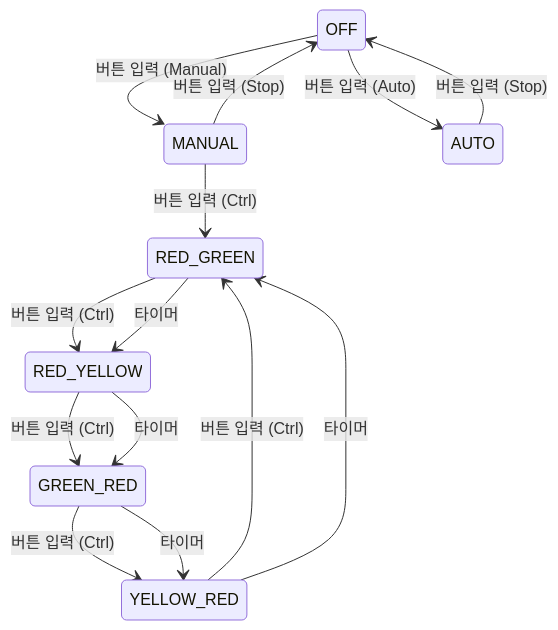
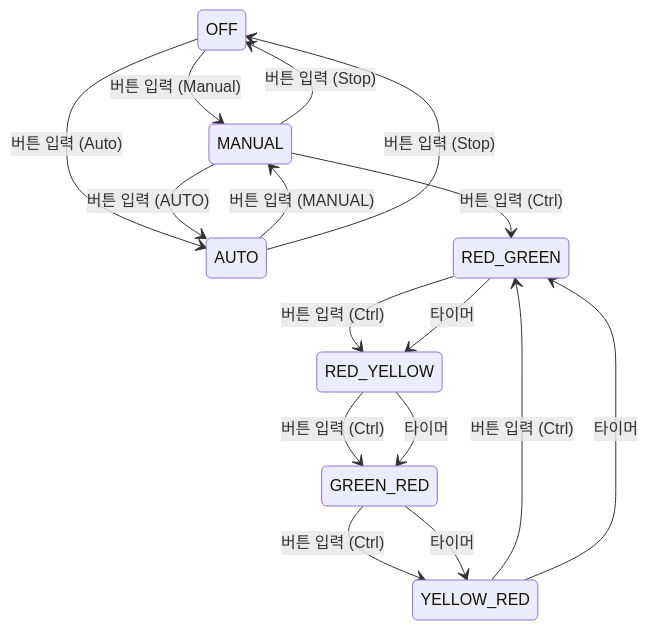
One commit to kimdoha123/ATmega128_Smart_TrafficLight changed the diagram in README.md. Above: the diagram before and after it, drawn with Mermaid.

````diff
--- a/README.md
+++ b/README.md
@@ -22,17 +22,18 @@
 ```mermaid
 stateDiagram-v2
     OFF --> MANUAL: 버튼 입력 (Manual)
     OFF --> AUTO: 버튼 입력 (Auto)
     MANUAL --> RED_GREEN: 버튼 입력 (Ctrl)
     RED_GREEN --> RED_YELLOW: 버튼 입력 (Ctrl)
     RED_YELLOW --> GREEN_RED: 버튼 입력 (Ctrl)
     GREEN_RED --> YELLOW_RED: 버튼 입력 (Ctrl)
     YELLOW_RED --> RED_GREEN: 버튼 입력 (Ctrl)
-   
+	MANUAL --> AUTO: 버튼 입력 (AUTO)   
+	AUTO --> MANUAL: 버튼 입력 (MANUAL)   
 	RED_GREEN --> RED_YELLOW: 타이머
     RED_YELLOW --> GREEN_RED: 타이머
     GREEN_RED --> YELLOW_RED: 타이머
     YELLOW_RED --> RED_GREEN: 타이머
     MANUAL --> OFF: 버튼 입력 (Stop)
     AUTO --> OFF: 버튼 입력 (Stop)
 ```
````
